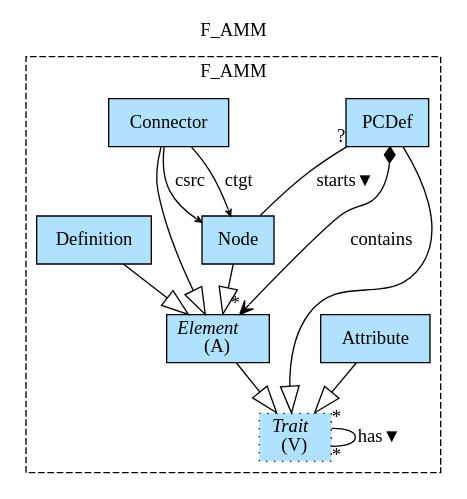
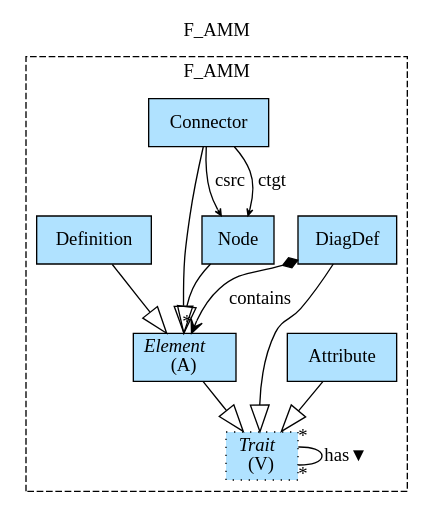
One commit to namalio/Fragmenta changed the diagram in Haskell/PCs/MM/img/F_AMM.gv. Above: the diagram before and after it, drawn with Graphviz. The commit also changed 265 other files, not shown here.

```diff
--- a/Haskell/PCs/MM/img/F_AMM.gv
+++ b/Haskell/PCs/MM/img/F_AMM.gv
@@ -1,24 +1,23 @@
 digraph {graph[label=F_AMM,labelloc=tl,labelfontsize=12];
 subgraph cluster_F_AMM{style=dashed;label=F_AMM;
 "Attribute"[shape=record,fillcolor=lightskyblue1,style = filled,label="Attribute"];
 "Element"[shape=record,fillcolor=lightskyblue1,style = filled,label=<{<I>Element</I><br/>(A)}>];
-"PCDef"[shape=record,fillcolor=lightskyblue1,style = filled,label="PCDef"];
+"DiagDef"[shape=record,fillcolor=lightskyblue1,style = filled,label="DiagDef"];
 "Trait"[shape=record,fillcolor=lightskyblue1,style ="filled,dotted",label=<{<I>Trait</I><br/>(V)}>];
 "Node"[shape=record,fillcolor=lightskyblue1,style = filled,label="Node"];
 "Connector"[shape=record,fillcolor=lightskyblue1,style = filled,label="Connector"];
 "Definition"[shape=record,fillcolor=lightskyblue1,style = filled,label="Definition"];
 
-"PCDef"->"Element"[label="contains",arrowhead=vee,arrowtail=diamond,dir=both,headlabel="*"];
+"DiagDef"->"Element"[label="contains",arrowhead=vee,arrowtail=diamond,dir=both,headlabel="*"];
 "Element"->"Trait"[arrowhead=onormal,arrowsize=2.0];
-"PCDef"->"Trait"[arrowhead=onormal,arrowsize=2.0];
+"DiagDef"->"Trait"[arrowhead=onormal,arrowsize=2.0];
 "Attribute"->"Trait"[arrowhead=onormal,arrowsize=2.0];
 "Connector"->"Element"[arrowhead=onormal,arrowsize=2.0];
 "Definition"->"Element"[arrowhead=onormal,arrowsize=2.0];
 "Node"->"Element"[arrowhead=onormal,arrowsize=2.0];
 "Trait"->"Trait"[label="has▼",dir=none,taillabel="*",headlabel="*"];
-"PCDef"->"Node"[label="starts▼",dir=none,taillabel="?",headlabel=""];
 "Connector"->"Node"[label="csrc",arrowhead=vee,headlabel="",arrowsize=.5];
 "Connector"->"Node"[label="ctgt",arrowhead=vee,headlabel="",arrowsize=.5];
 
 }
 }
```
